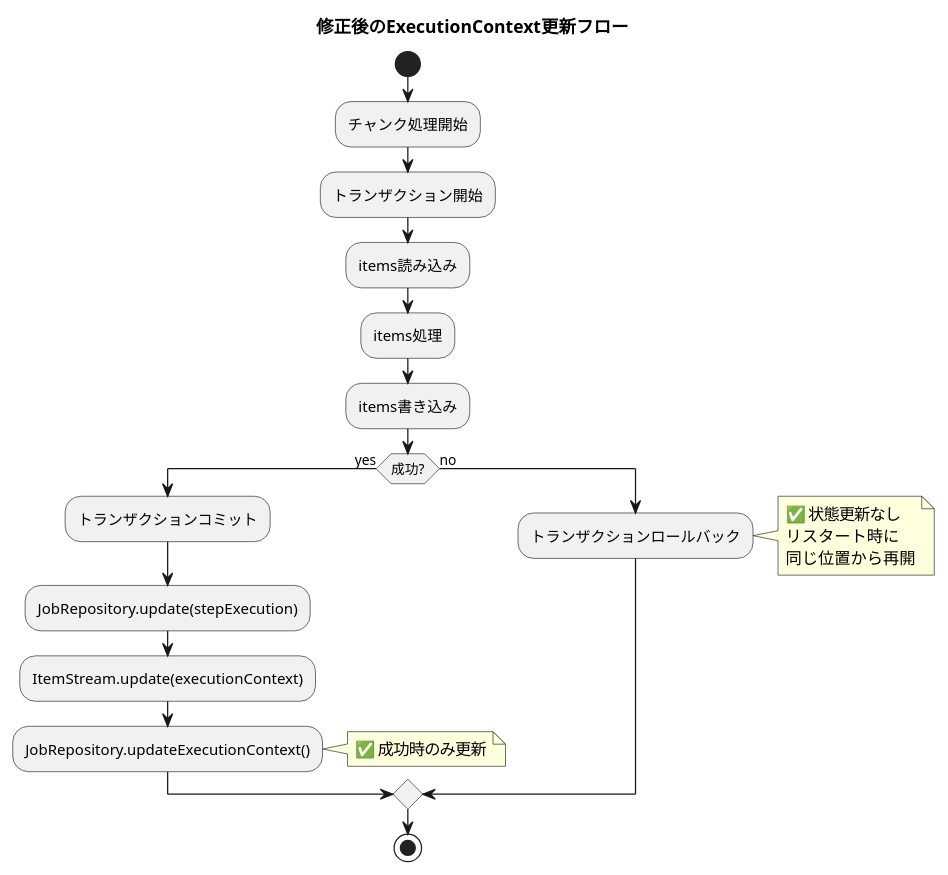
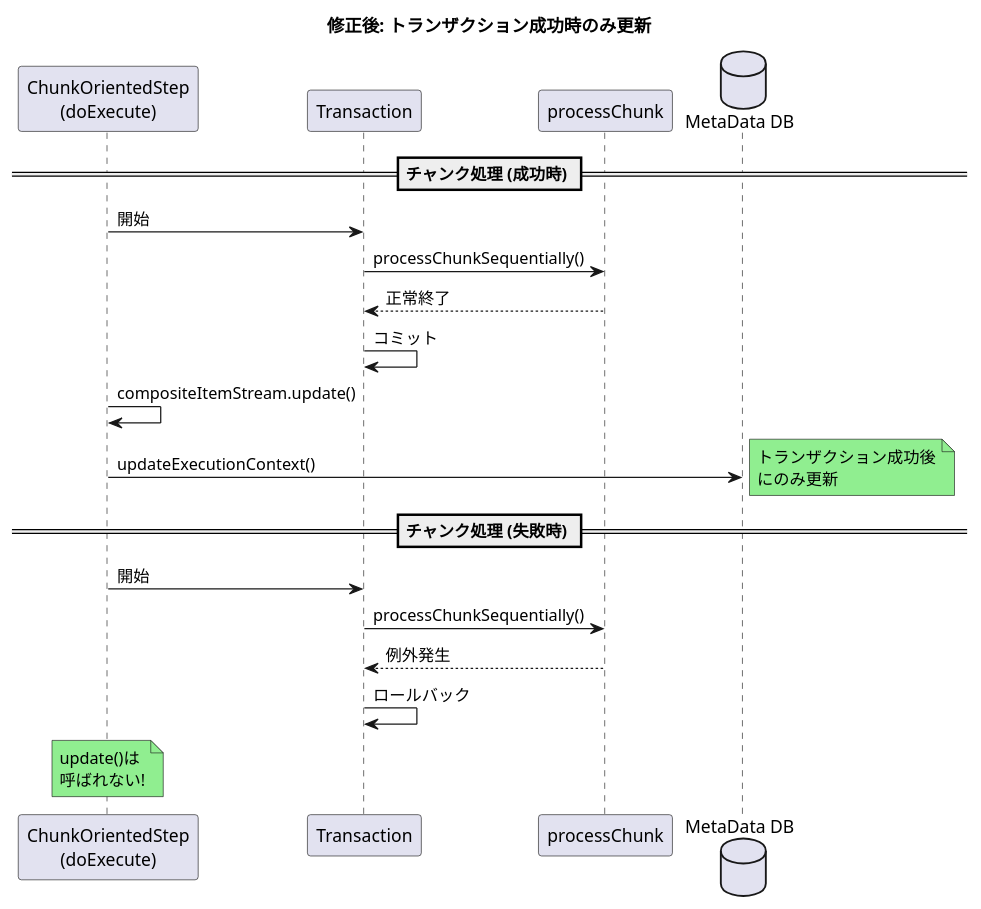
Before and after one commit to mochimoching/github_issue_translate: the second of 2 diagrams in output/spring-batch/6.0.2/all/current/markdown/issues_summary/issue_5182.md, drawn with PlantUML. The commit also changed other lines of this file and 63 other files, not shown here.

````diff
--- a/output/spring-batch/6.0.2/all/current/markdown/issues_summary/issue_5182.md
+++ b/output/spring-batch/6.0.2/all/current/markdown/issues_summary/issue_5182.md
@@ -143,27 +131,27 @@
 ```plantuml
 @startuml
-title 修正後のExecutionContext更新フロー
+title 修正後: トランザクション成功時のみ更新
 
-start
-:チャンク処理開始;
-:トランザクション開始;
+participant "ChunkOrientedStep\n(doExecute)" as Step
+participant "Transaction" as Tx
+participant "processChunk" as Chunk
+database "MetaData DB" as MetaDB
 
-:items読み込み;
-:items処理;
-:items書き込み;
+== チャンク処理 (成功時) ==
+Step -> Tx: 開始
+Tx -> Chunk: processChunkSequentially()
+Chunk --> Tx: 正常終了
+Tx -> Tx: コミット
+Step -> Step: compositeItemStream.update()
+Step -> MetaDB: updateExecutionContext()
+note right #LightGreen: トランザクション成功後\nにのみ更新
 
-if (成功?) then (yes)
-    :トランザクションコミット;
-    :JobRepository.update(stepExecution);
-    :ItemStream.update(executionContext);
-    :JobRepository.updateExecutionContext();
-    note right: ✅ 成功時のみ更新
-else (no)
-    :トランザクションロールバック;
-    note right: ✅ 状態更新なし\nリスタート時に\n同じ位置から再開
-endif
-
-stop
+== チャンク処理 (失敗時) ==
+Step -> Tx: 開始
+Tx -> Chunk: processChunkSequentially()
+Chunk --> Tx: 例外発生
+Tx -> Tx: ロールバック
+note over Step #LightGreen: update()は\n呼ばれない!
 
 @enduml
 ```
````
